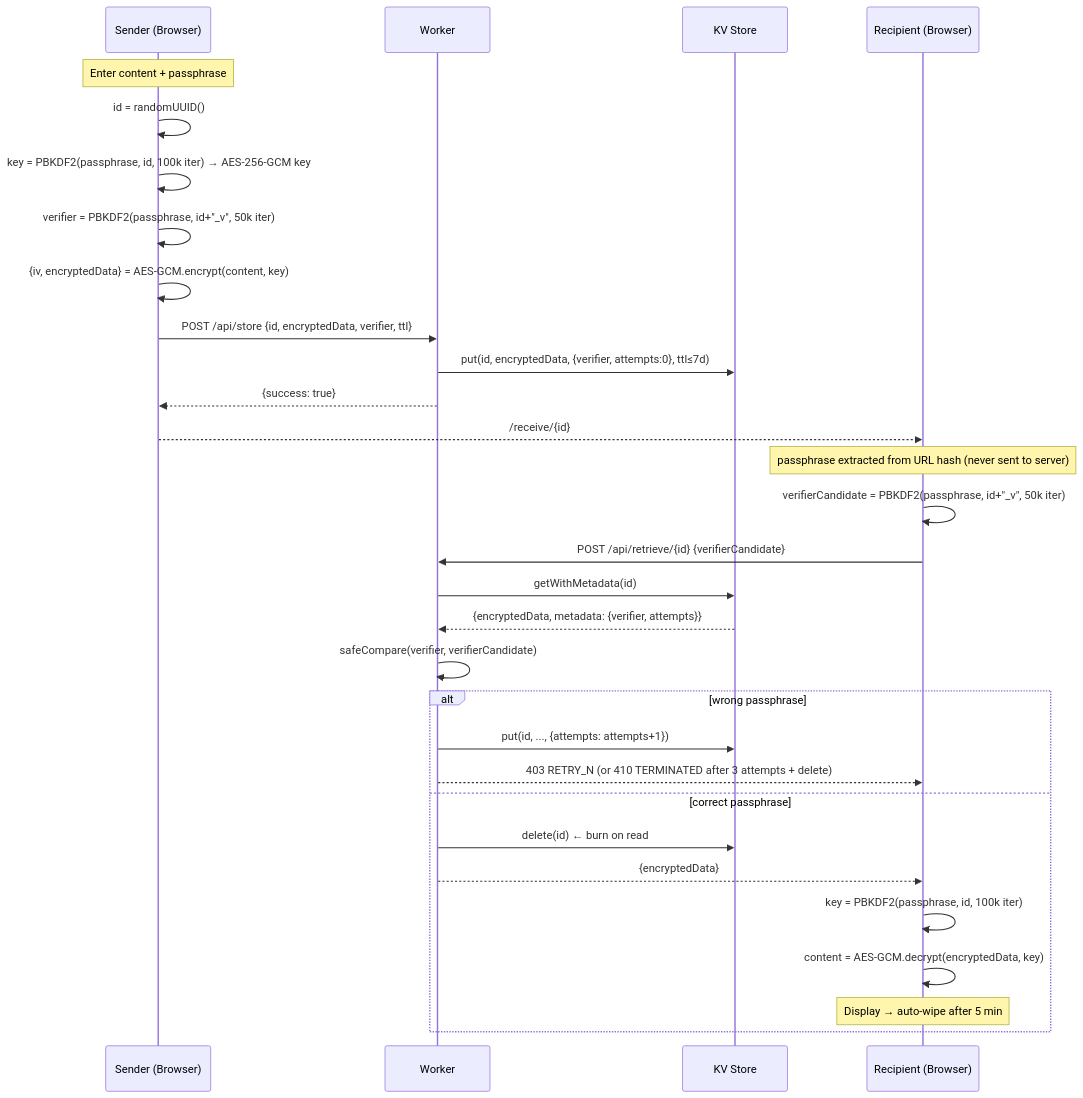
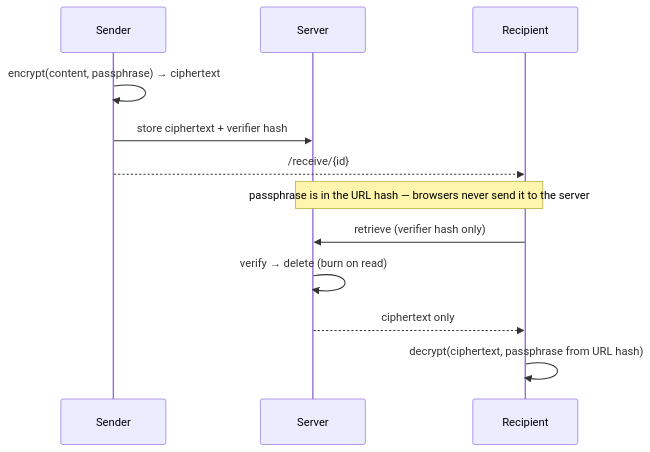
The first of 4 diagrams in README.md (maciekaz/Edge-Secrets), drawn with Mermaid before and after one commit. The commit also changed other lines of this file, not shown here.

Commit message:
Simplify diagrams while preserving zero-knowledge clarity

````diff
--- a/README.md
+++ b/README.md
@@ -13,37 +13,18 @@
 ```mermaid
 sequenceDiagram
-    participant S as Sender (Browser)
-    participant W as Worker
-    participant KV as KV Store
-    participant R as Recipient (Browser)
+    participant S as Sender
+    participant Server
+    participant R as Recipient
 
-    Note over S: Enter content + passphrase
-    S->>S: id = randomUUID()
-    S->>S: key = PBKDF2(passphrase, id, 100k iter) → AES-256-GCM key
-    S->>S: verifier = PBKDF2(passphrase, id+"_v", 50k iter)
-    S->>S: {iv, encryptedData} = AES-GCM.encrypt(content, key)
+    S->>S: encrypt(content, passphrase) → ciphertext
+    S->>Server: store ciphertext + verifier hash
+    S-->>R: /receive/{id}#passphrase
 
-    S->>W: POST /api/store {id, encryptedData, verifier, ttl}
-    W->>KV: put(id, encryptedData, {verifier, attempts:0}, ttl≤7d)
-    W-->>S: {success: true}
+    Note over Server,R: passphrase is in the URL hash — browsers never send it to the server
 
-    S-->>R: /receive/{id}#{passphrase}  ← shared out-of-band
+    R->>Server: retrieve (verifier hash only)
+    Server->>Server: verify → delete (burn on read)
+    Server-->>R: ciphertext only
 
-    Note over R: passphrase extracted from URL hash (never sent to server)
-    R->>R: verifierCandidate = PBKDF2(passphrase, id+"_v", 50k iter)
-    R->>W: POST /api/retrieve/{id} {verifierCandidate}
-    W->>KV: getWithMetadata(id)
-    KV-->>W: {encryptedData, metadata: {verifier, attempts}}
-    W->>W: safeCompare(verifier, verifierCandidate)
-
-    alt wrong passphrase
-        W->>KV: put(id, ..., {attempts: attempts+1})
-        W-->>R: 403 RETRY_N (or 410 TERMINATED after 3 attempts + delete)
-    else correct passphrase
-        W->>KV: delete(id)  ← burn on read
-        W-->>R: {encryptedData}
-        R->>R: key = PBKDF2(passphrase, id, 100k iter)
-        R->>R: content = AES-GCM.decrypt(encryptedData, key)
-        Note over R: Display → auto-wipe after 5 min
-    end
+    R->>R: decrypt(ciphertext, passphrase from URL hash)
 ```
````
